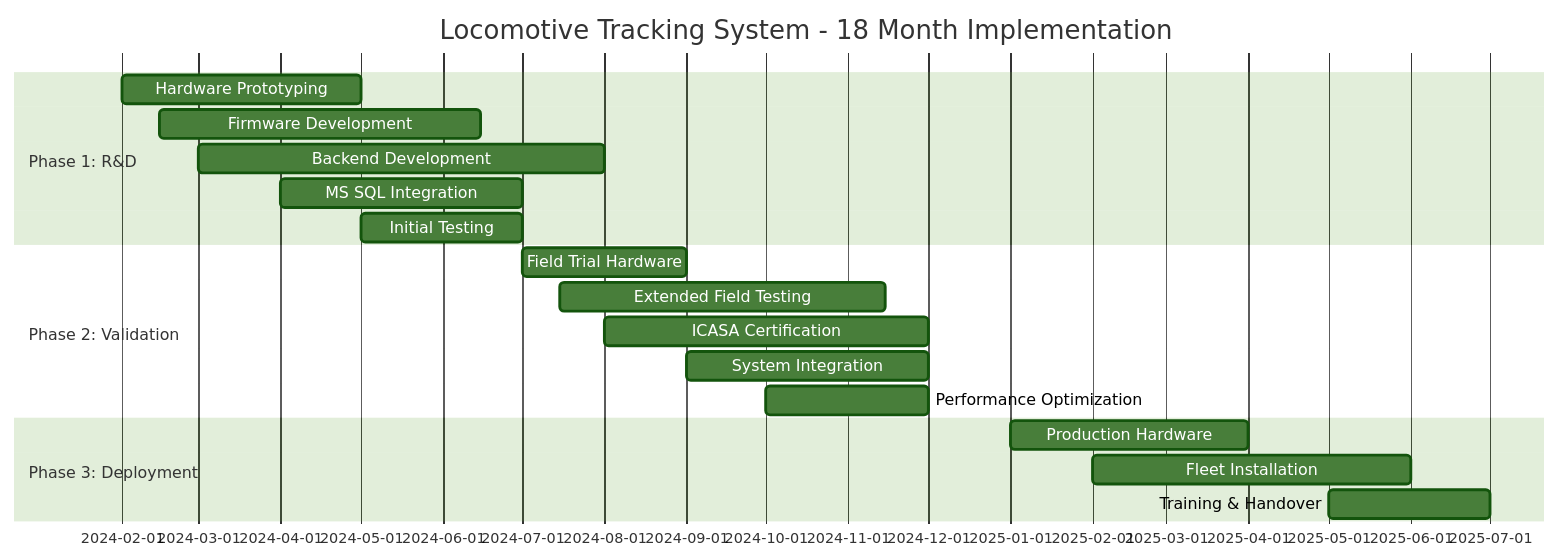
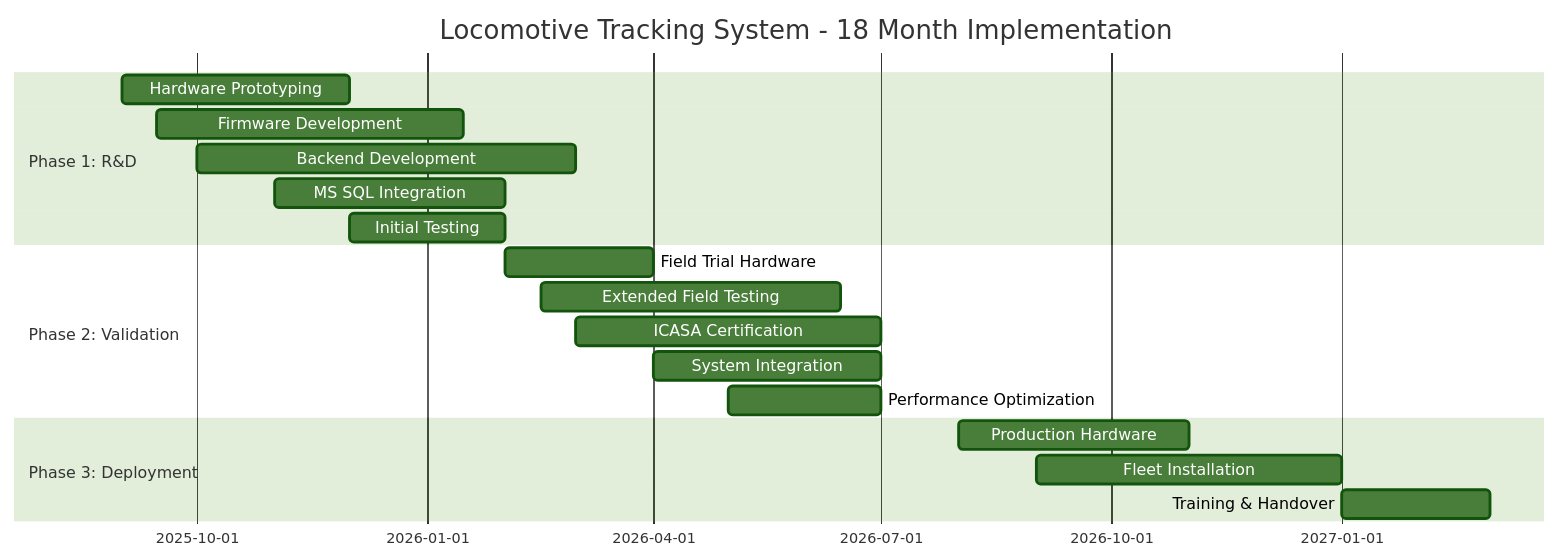
The second of 2 diagrams in docs/cellular_and_lora_option.md (transnet-eduard-reitmann/locomotive-tracking-unit), drawn with Mermaid (forest theme) before and after one commit. The commit also changed 2 other files, not shown here.

Commit message:
Update project timelines to start in September 2025
- Moved all development timelines forward by ~19 months
- Cellular-Only variant: Now Sep 2025 - Nov 2026 (15 months)
- LoRa-Only variant: Now Sep 2025 - May 2027 (24 months)
- Hybrid variant: Now Sep 2025 - Mar 2027 (18 months)
- Updated Gantt chart dates in all variant documentation

🤖 Generated with [Claude Code](https://claude.ai/code)

````diff
--- a/docs/cellular_and_lora_option.md
+++ b/docs/cellular_and_lora_option.md
@@ -274,21 +274,21 @@
 ```mermaid
 gantt
     title Locomotive Tracking System - 18 Month Implementation
     dateFormat  YYYY-MM-DD
     section Phase 1: R&D
-    Hardware Prototyping    :2024-02-01, 3M
-    Firmware Development    :2024-02-15, 4M
-    Backend Development     :2024-03-01, 5M
-    MS SQL Integration      :2024-04-01, 3M
-    Initial Testing        :2024-05-01, 2M
+    Hardware Prototyping    :2025-09-01, 3M
+    Firmware Development    :2025-09-15, 4M
+    Backend Development     :2025-10-01, 5M
+    MS SQL Integration      :2025-11-01, 3M
+    Initial Testing        :2025-12-01, 2M
     section Phase 2: Validation  
-    Field Trial Hardware   :2024-07-01, 2M
-    Extended Field Testing :2024-07-15, 4M
-    ICASA Certification    :2024-08-01, 4M
-    System Integration     :2024-09-01, 3M
-    Performance Optimization:2024-10-01, 2M
+    Field Trial Hardware   :2026-02-01, 2M
+    Extended Field Testing :2026-02-15, 4M
+    ICASA Certification    :2026-03-01, 4M
+    System Integration     :2026-04-01, 3M
+    Performance Optimization:2026-05-01, 2M
     section Phase 3: Deployment
-    Production Hardware    :2025-01-01, 3M
-    Fleet Installation    :2025-02-01, 4M
-    Training & Handover    :2025-05-01, 2M
+    Production Hardware    :2026-08-01, 3M
+    Fleet Installation    :2026-09-01, 4M
+    Training & Handover    :2027-01-01, 2M
 ```
````
